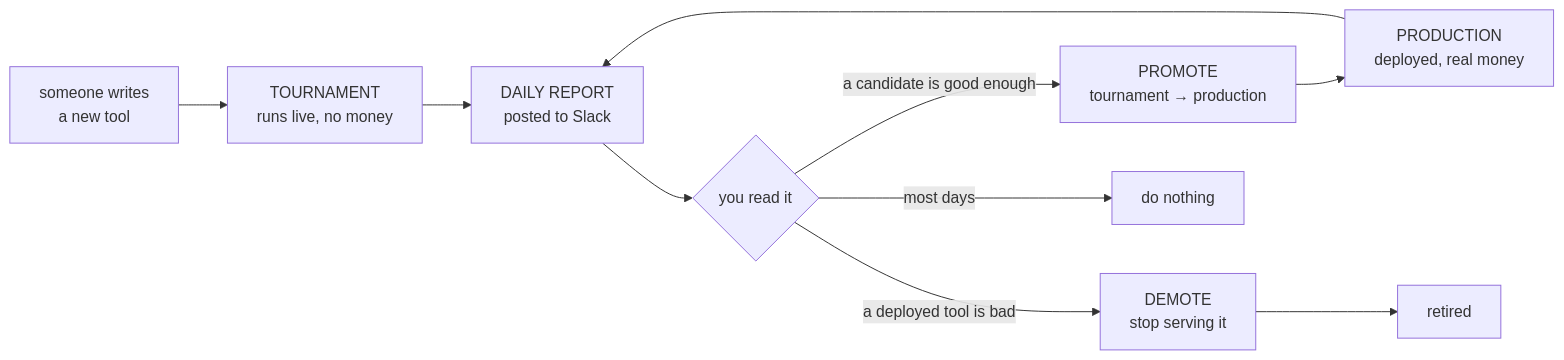
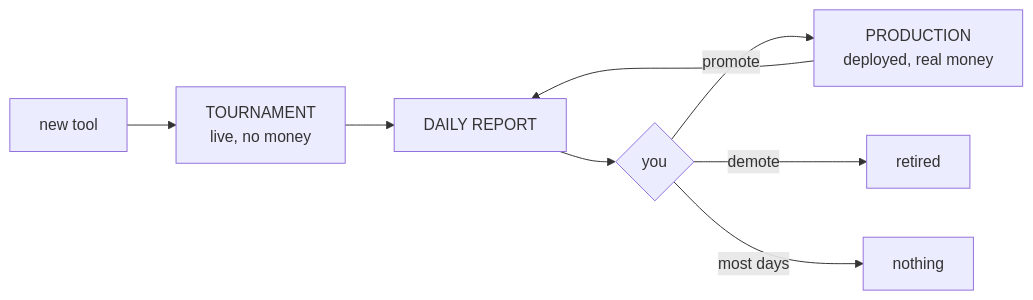
One commit to valory-xyz/mech-predict changed the diagram in benchmark/DAILY_REPORT_OPERATOR_GUIDE.md. Above: the diagram before and after it, drawn with Mermaid. The commit also changed other lines of this file and 1 other file, not shown here.

First line of the commit message:
docs(benchmark): schematic operator guide; legend links the guide on main

````diff
--- a/benchmark/DAILY_REPORT_OPERATOR_GUIDE.md
+++ b/benchmark/DAILY_REPORT_OPERATOR_GUIDE.md
@@ -10,12 +8,10 @@
 ```mermaid
 flowchart LR
-    new["someone writes<br/>a new tool"] --> tourn["TOURNAMENT<br/>runs live, no money"]
-    tourn --> daily["DAILY REPORT<br/>posted to Slack"]
+    new["new tool"] --> tourn["TOURNAMENT<br/>live, no money"]
+    tourn --> daily["DAILY REPORT"]
     prod["PRODUCTION<br/>deployed, real money"] --> daily
-    daily --> you{"you read it"}
-    you -->|"a candidate is good enough"| promote["PROMOTE<br/>tournament → production"]
-    you -->|"a deployed tool is bad"| demote["DEMOTE<br/>stop serving it"]
-    you -->|"most days"| nothing["do nothing"]
-    promote --> prod
-    demote --> retired["retired"]
+    daily --> you{"you"}
+    you -->|promote| prod
+    you -->|demote| retired["retired"]
+    you -->|"most days"| nothing["nothing"]
 ```
````
